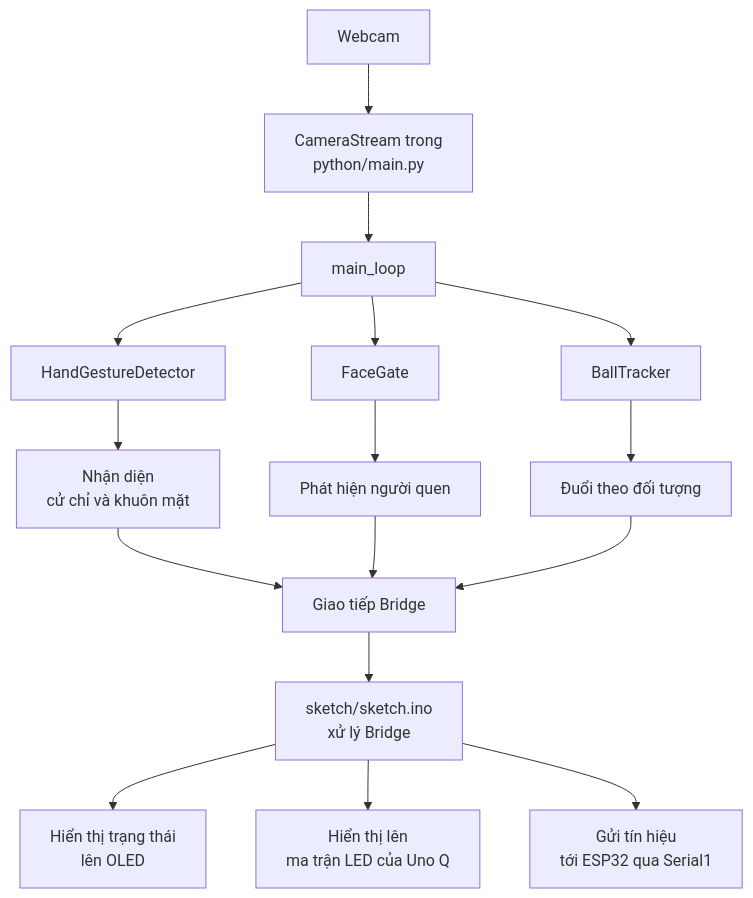
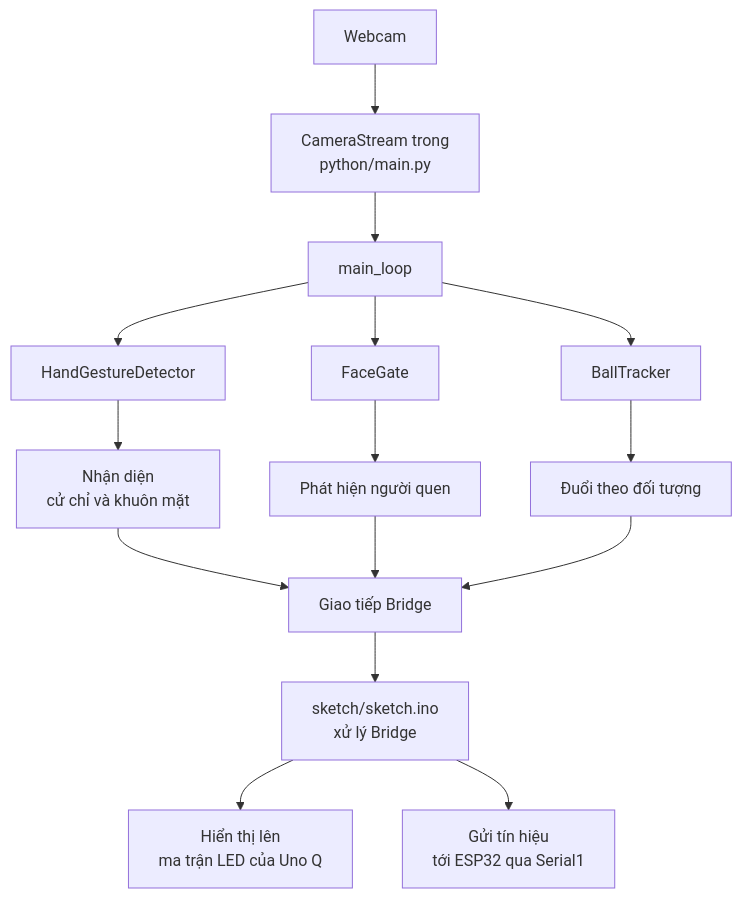
The diagram in docs/system-structure-dataflow.md (BenYogesh/RoboDog), drawn with Mermaid before and after one commit. The commit also changed other lines of this file and 40 other files, not shown here.

````diff
--- a/docs/system-structure-dataflow.md
+++ b/docs/system-structure-dataflow.md
@@ -15,18 +15,17 @@
 ```mermaid
 flowchart TD
     Camera["Webcam"] --> Stream["CameraStream trong <br>python/main.py"]
     Stream --> Loop["main_loop"]
     Loop --> Hands["HandGestureDetector"]
     Loop --> Face["FaceGate"]
     Loop --> Ball["BallTracker"]
     Hands --> Decide["Nhận diện <br>cử chỉ và khuôn mặt"]
     Face --> Gate["Phát hiện người quen"]
     Ball --> Chase["Đuổi theo đối tượng"]
     Decide --> Bridge["Giao tiếp Bridge"]
     Gate --> Bridge
     Chase --> Bridge
     Bridge --> Sketch["sketch/sketch.ino <br>xử lý Bridge"]
-    Sketch --> OLED["Hiển thị trạng thái <br>lên OLED"]
     Sketch --> Matrix["Hiển thị lên <br>ma trận LED của Uno Q"]
     Sketch --> UART["Gửi tín hiệu <br>tới ESP32 qua Serial1"]
 ```
````
